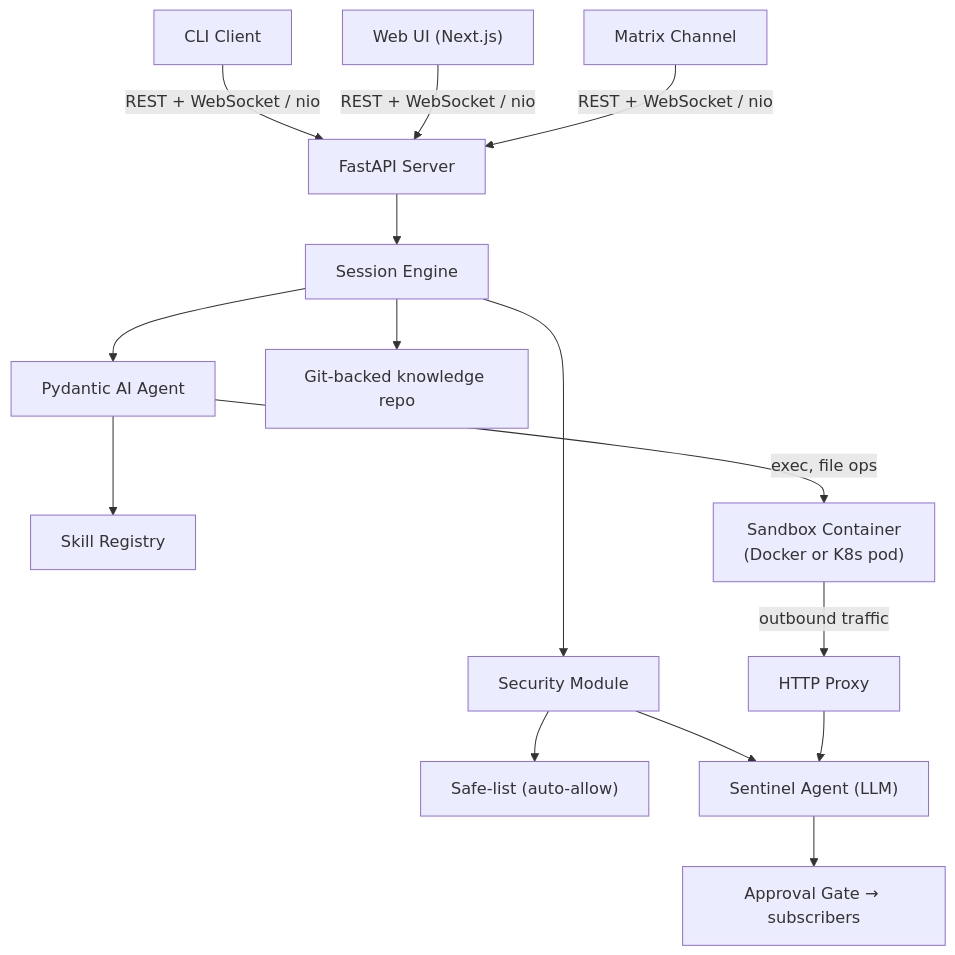
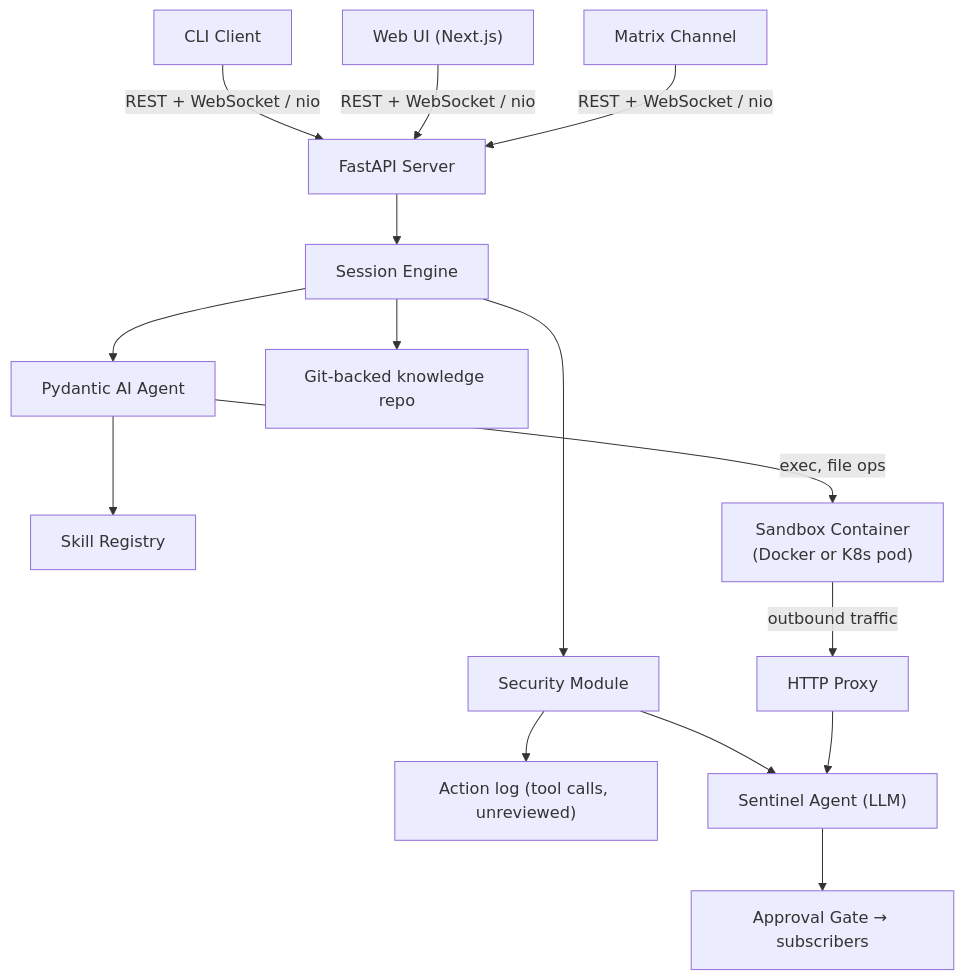
One commit to thiesgerken/carapace changed the second of 3 diagrams in docs/architecture.md. Above: the diagram before and after it, drawn with Mermaid. The commit also changed other lines of this file and 41 other files, not shown here.

````diff
--- a/docs/architecture.md
+++ b/docs/architecture.md
@@ -84,18 +84,18 @@
 ```mermaid
 flowchart TD
     CLI["CLI Client"] & WebUI["Web UI (Next.js)"] & Matrix["Matrix Channel"]
     CLI & WebUI & Matrix -->|"REST + WebSocket / nio"| Server["FastAPI Server"]
 
     Server --> Engine[Session Engine]
     Engine --> Agent[Pydantic AI Agent]
     Engine --> Security[Security Module]
-    Security --> SafeList["Safe-list (auto-allow)"]
+    Security --> ActionLog["Action log (tool calls, unreviewed)"]
     Security --> Sentinel["Sentinel Agent (LLM)"]
     Sentinel --> Gate["Approval Gate → subscribers"]
 
     Agent --> Skills[Skill Registry]
     Agent -->|"exec, file ops"| Sandbox["Sandbox Container\n(Docker or K8s pod)"]
     Sandbox -->|"outbound traffic"| Proxy[HTTP Proxy]
     Proxy --> Sentinel
     Engine --> Knowledge["Git-backed knowledge repo"]
 ```
````
